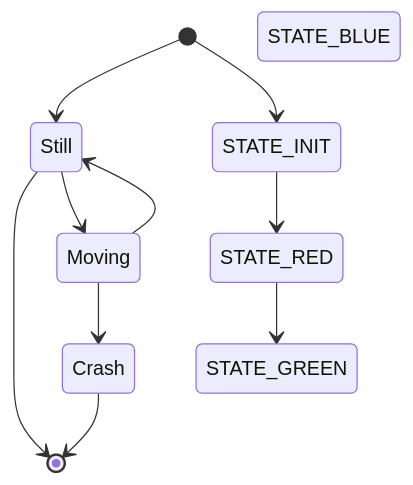
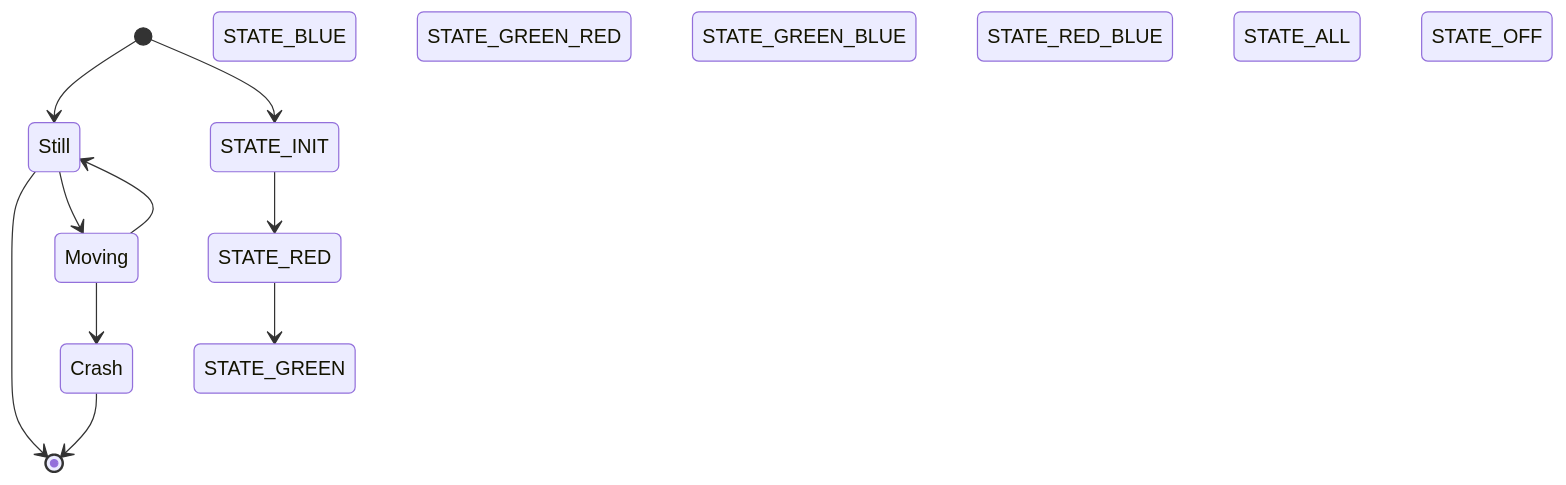
The diagram in all/Mapa de Estado.md (AngelMzno/iodraw-files), drawn with Mermaid before and after one commit.

Commit message:
2024-09-03 19:35:35 update

````diff
--- a/all/Mapa de Estado.md
+++ b/all/Mapa de Estado.md
@@ -1,17 +1,22 @@
 ```mermaid
 stateDiagram-v2
     [*] --> Still
     Still --> [*]
     Still --> Moving
     Moving --> Still
     Moving --> Crash
     Crash --> [*]
 
 [*]-->STATE_INIT
 STATE_INIT --> STATE_RED
 STATE_RED --> STATE_GREEN
 STATE_BLUE
+STATE_GREEN_RED
+STATE_GREEN_BLUE
+STATE_RED_BLUE
+STATE_ALL
+STATE_OFF
 
 
 
 ```
````
